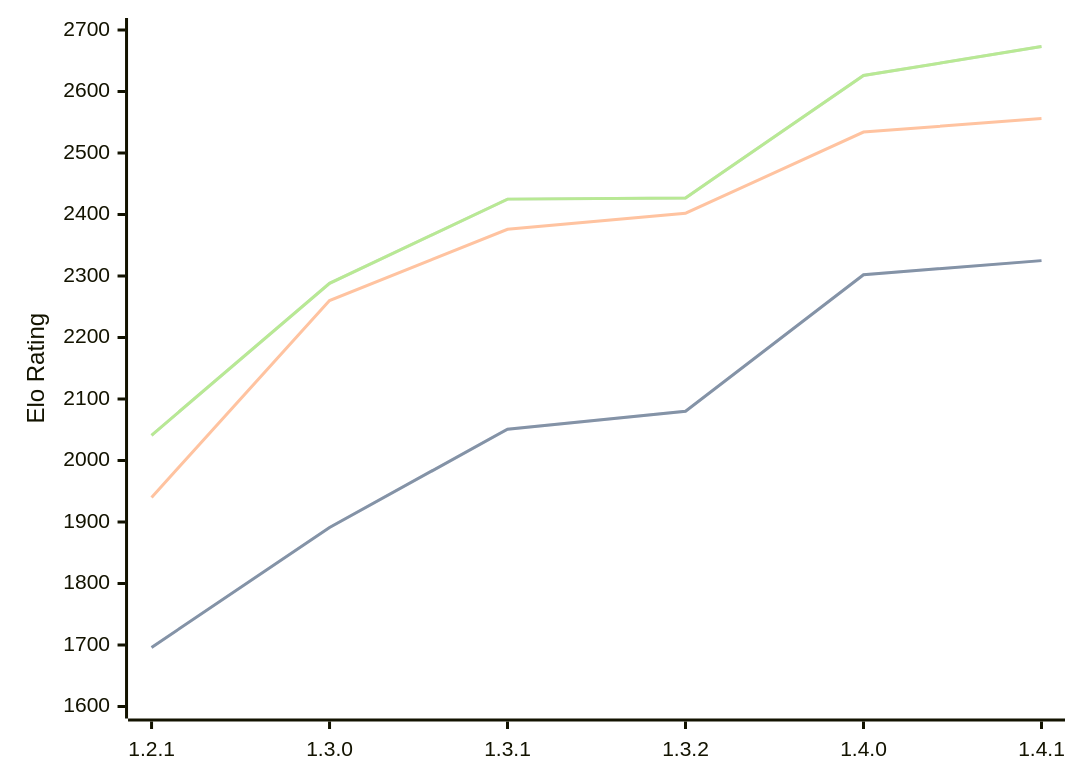
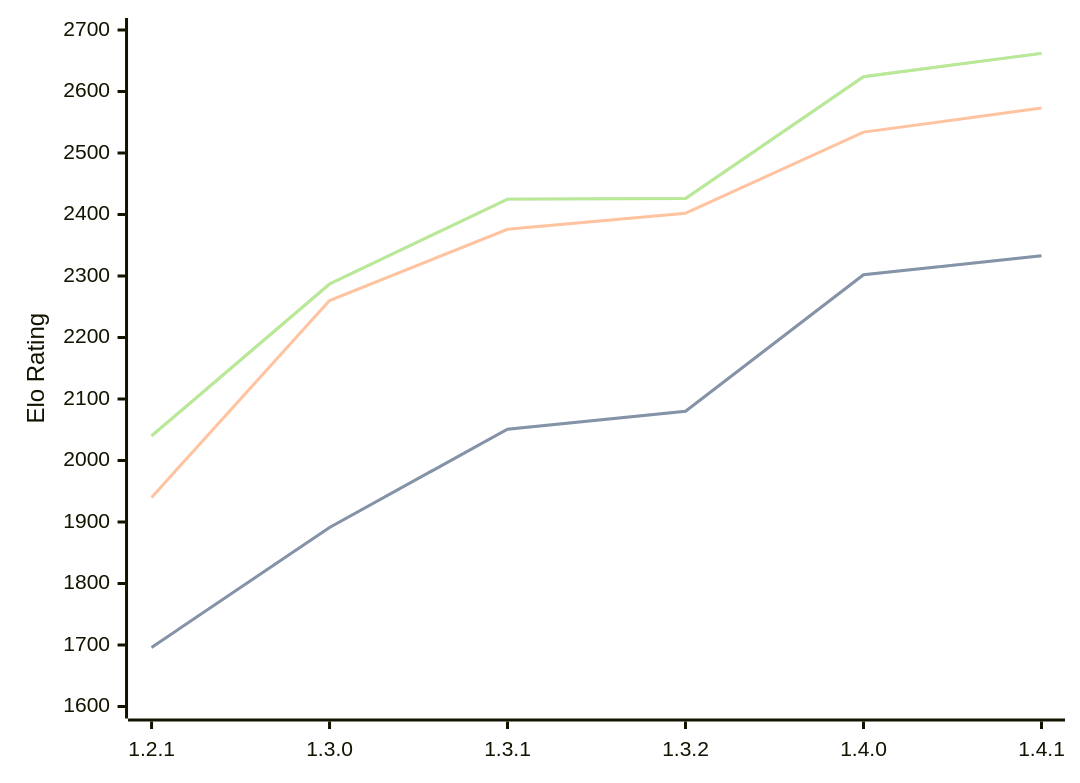
The diagram in engines/Chal.md (computer-chess-index/cci), drawn with Mermaid before and after one commit. The commit also changed other lines of this file, not shown here.

Commit message:
Update CCI Ratings (ELO VLTC) - 2026-04-28

````diff
--- a/engines/Chal.md
+++ b/engines/Chal.md
@@ -39,11 +39,11 @@
 ```mermaid
 %%{init: {"theme":"base","themeVariables":{"seriesColors:['#a3a3a3','#222221','#faa371']}}}%%
 xychart-beta
   x-axis ["1.2.1", "1.3.0", "1.3.1", "1.3.2", "1.4.0", "1.4.1"]
   y-axis "Elo Rating" 1600 --> 2700
-  line "STC (8.0+0.08s)" [1696, 1891, 2051, 2080, 2302, 2325]
-  line "STC (8.0+0.08s)" [1696, 1891, 2051, 2080, 2302, 2325]
-  line "LTC (60.0+0.60s)" [1940, 2260, 2376, 2402, 2534, 2556]
-  line "VLTC (2m24s+1.12s)" [2041, 2288, 2425, 2427, 2626, 2673]
-  line "VLTC (2m24s+1.12s)" [2041, 2288, 2425, 2427, 2626, 2673]
+  line "STC (8.0+0.08s)" [1696, 1891, 2051, 2080, 2302, 2333]
+  line "STC (8.0+0.08s)" [1696, 1891, 2051, 2080, 2302, 2333]
+  line "LTC (60.0+0.60s)" [1940, 2260, 2376, 2402, 2534, 2573]
+  line "VLTC (2m24s+1.12s)" [2040, 2287, 2425, 2426, 2624, 2662]
+  line "VLTC (2m24s+1.12s)" [2040, 2287, 2425, 2426, 2624, 2662]
 ```
````
